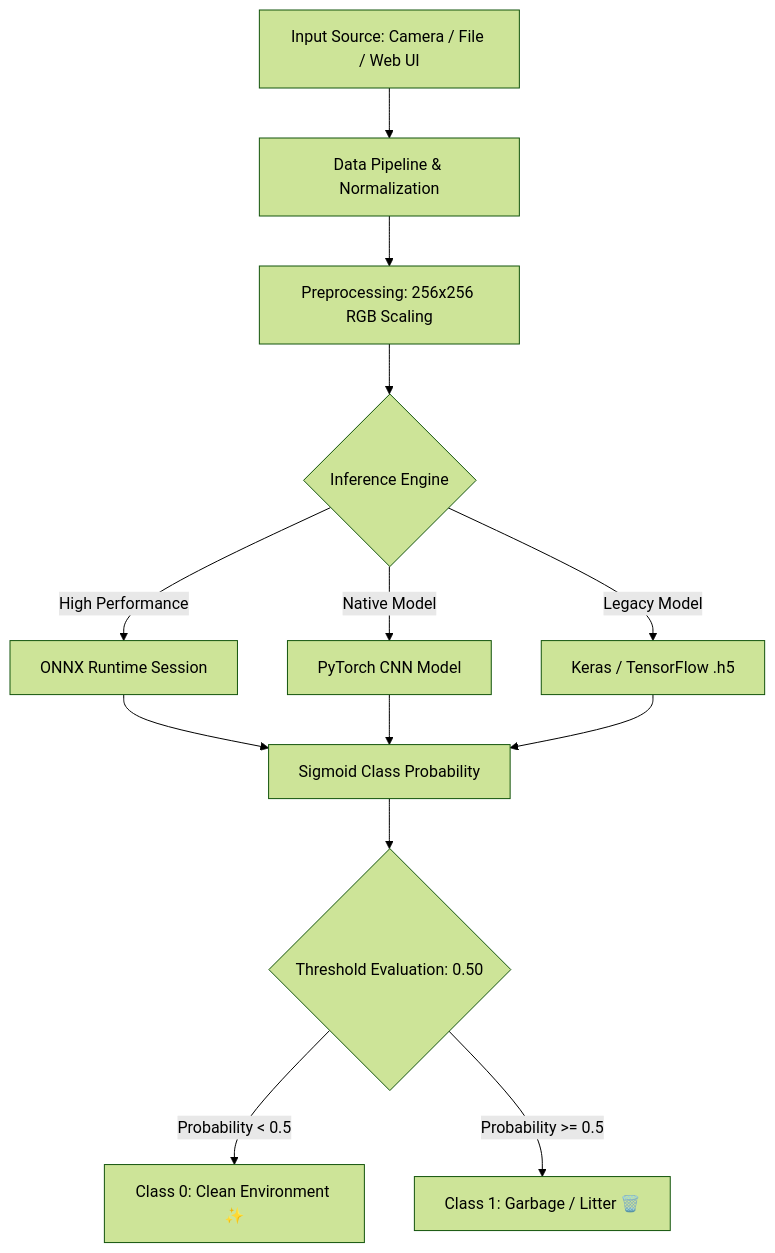
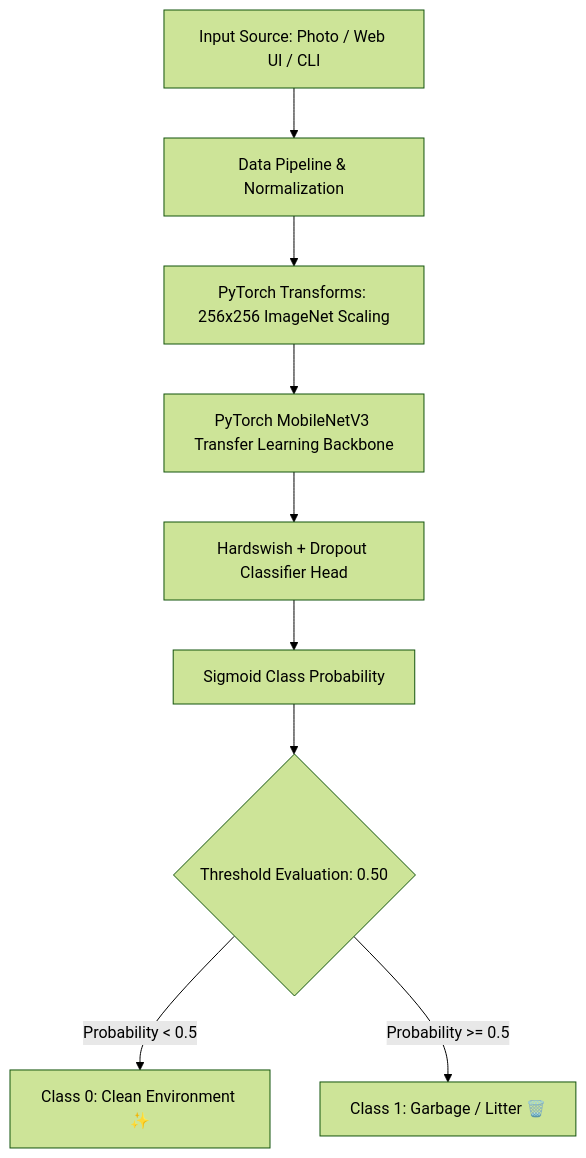
The diagram in README.md (Pranav-14/Binary-Image-Classifier), drawn with Mermaid (forest theme) before and after one commit. The commit also changed other lines of this file and 8 other files, not shown here.

Commit message:
feat: upgrade to PyTorch MobileNetV3 Transfer Learning model, remove Docker setup, add online dataset downloader, and clean pipelines

````diff
--- a/README.md
+++ b/README.md
@@ -26,15 +26,11 @@
 ```mermaid
 graph TD
-    A[Input Source: Camera / File / Web UI] --> B[Data Pipeline & Normalization]
-    B --> C[Preprocessing: 256x256 RGB Scaling]
-    C --> D{Inference Engine}
-    D -->|High Performance| E[ONNX Runtime Session]
-    D -->|Native Model| F[PyTorch CNN Model]
-    D -->|Legacy Model| G[Keras / TensorFlow .h5]
-    E --> H[Sigmoid Class Probability]
-    F --> H
-    G --> H
-    H --> I{Threshold Evaluation: 0.50}
-    I -->|Probability < 0.5| J[Class 0: Clean Environment ✨]
-    I -->|Probability >= 0.5| K[Class 1: Garbage / Litter 🗑️]
+    A[Input Source: Photo / Web UI / CLI] --> B[Data Pipeline & Normalization]
+    B --> C[PyTorch Transforms: 256x256 ImageNet Scaling]
+    C --> D[PyTorch MobileNetV3 Transfer Learning Backbone]
+    D --> E[Hardswish + Dropout Classifier Head]
+    E --> F[Sigmoid Class Probability]
+    F --> G{Threshold Evaluation: 0.50}
+    G -->|Probability < 0.5| H[Class 0: Clean Environment ✨]
+    G -->|Probability >= 0.5| I[Class 1: Garbage / Litter 🗑️]
 ```
````
